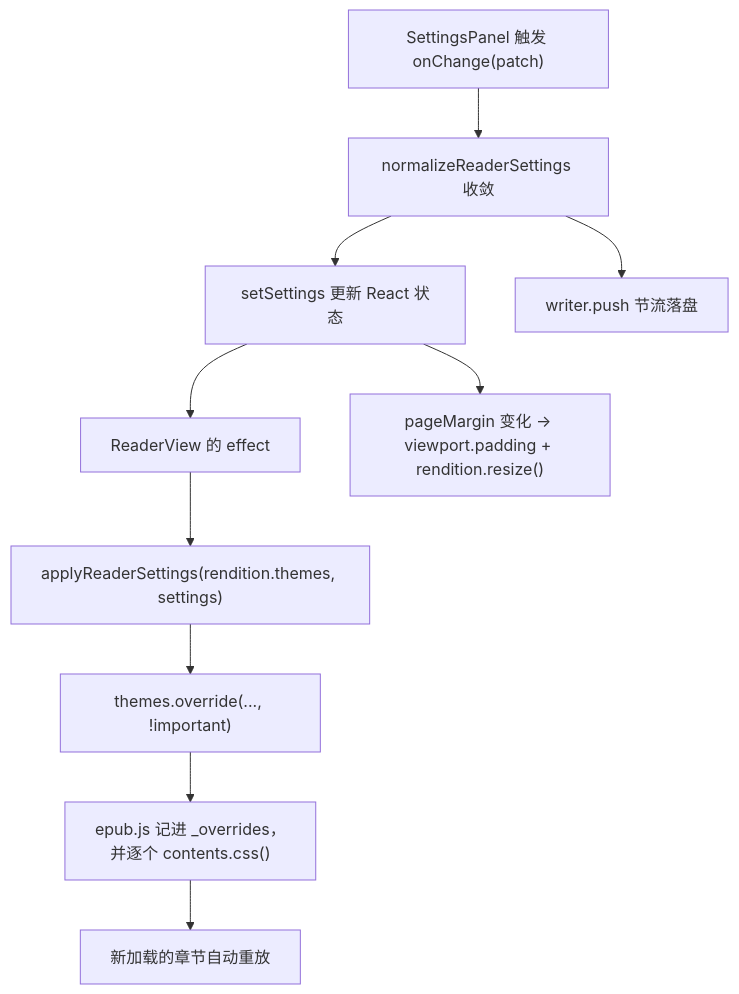
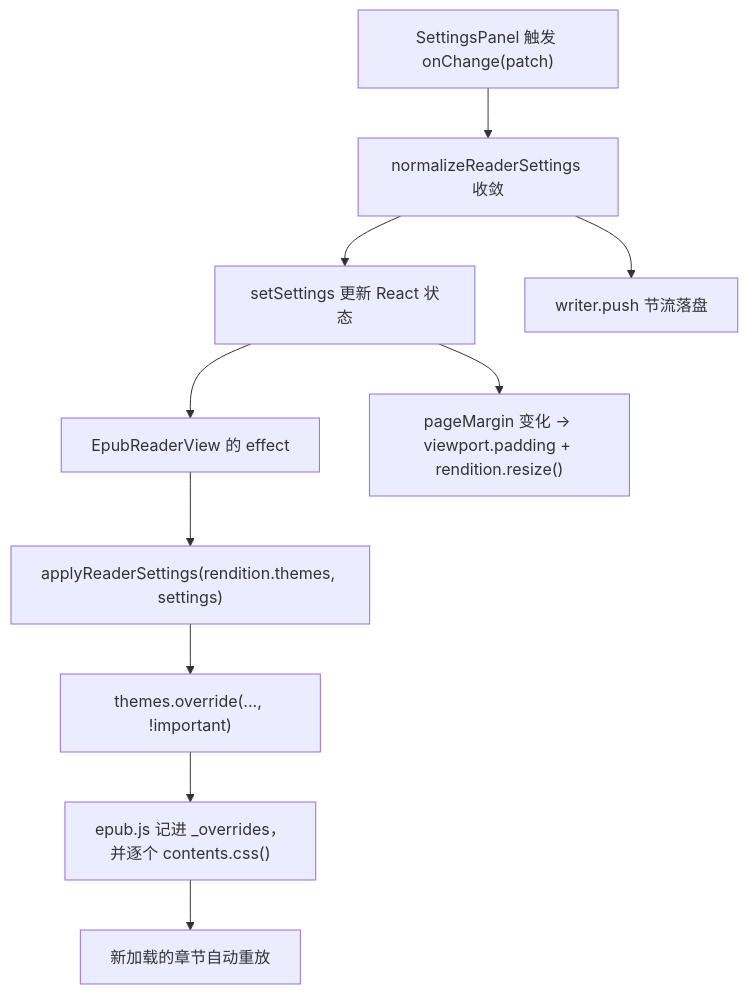
One commit to Lor123r/-ai changed the fifth of 8 diagrams in README.md. Above: the diagram before and after it, drawn with Mermaid. The commit also changed other lines of this file and 20 other files, not shown here.

````diff
--- a/README.md
+++ b/README.md
@@ -404,12 +408,12 @@
 ```mermaid
 flowchart TB
     A["SettingsPanel 触发 onChange(patch)"] --> B["normalizeReaderSettings 收敛"]
     B --> C["setSettings 更新 React 状态"]
     B --> D["writer.push 节流落盘"]
-    C --> E["ReaderView 的 effect"]
+    C --> E["EpubReaderView 的 effect"]
     E --> F["applyReaderSettings(rendition.themes, settings)"]
     F --> G["themes.override(..., !important)"]
     G --> H["epub.js 记进 _overrides，<br/>并逐个 contents.css()"]
     H --> I["新加载的章节自动重放"]
     C --> J["pageMargin 变化 → viewport.padding + rendition.resize()"]
 ```
````
